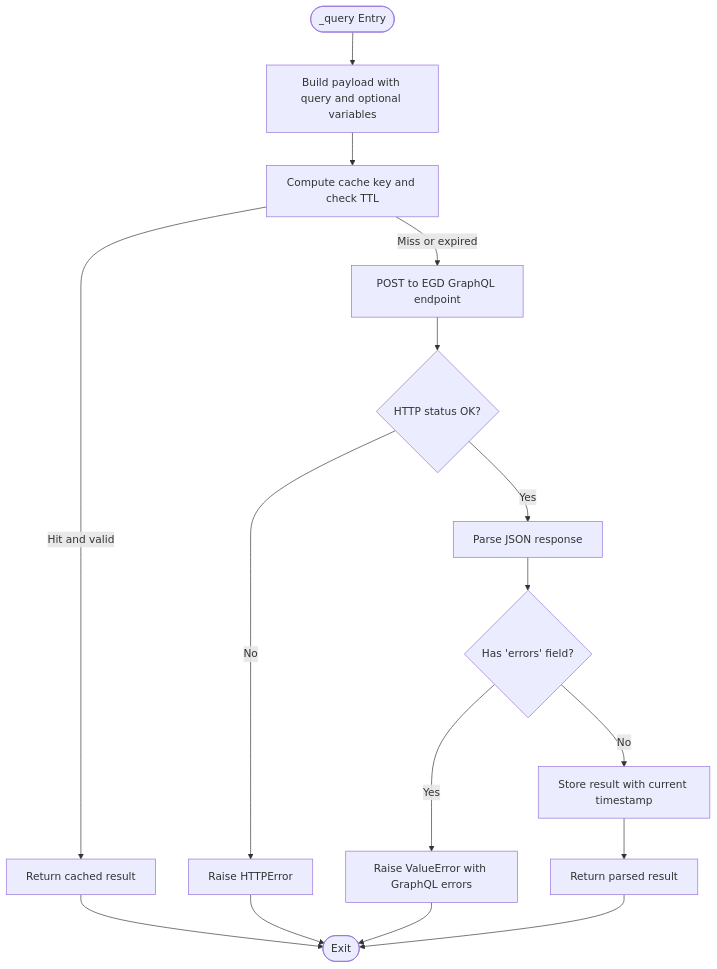
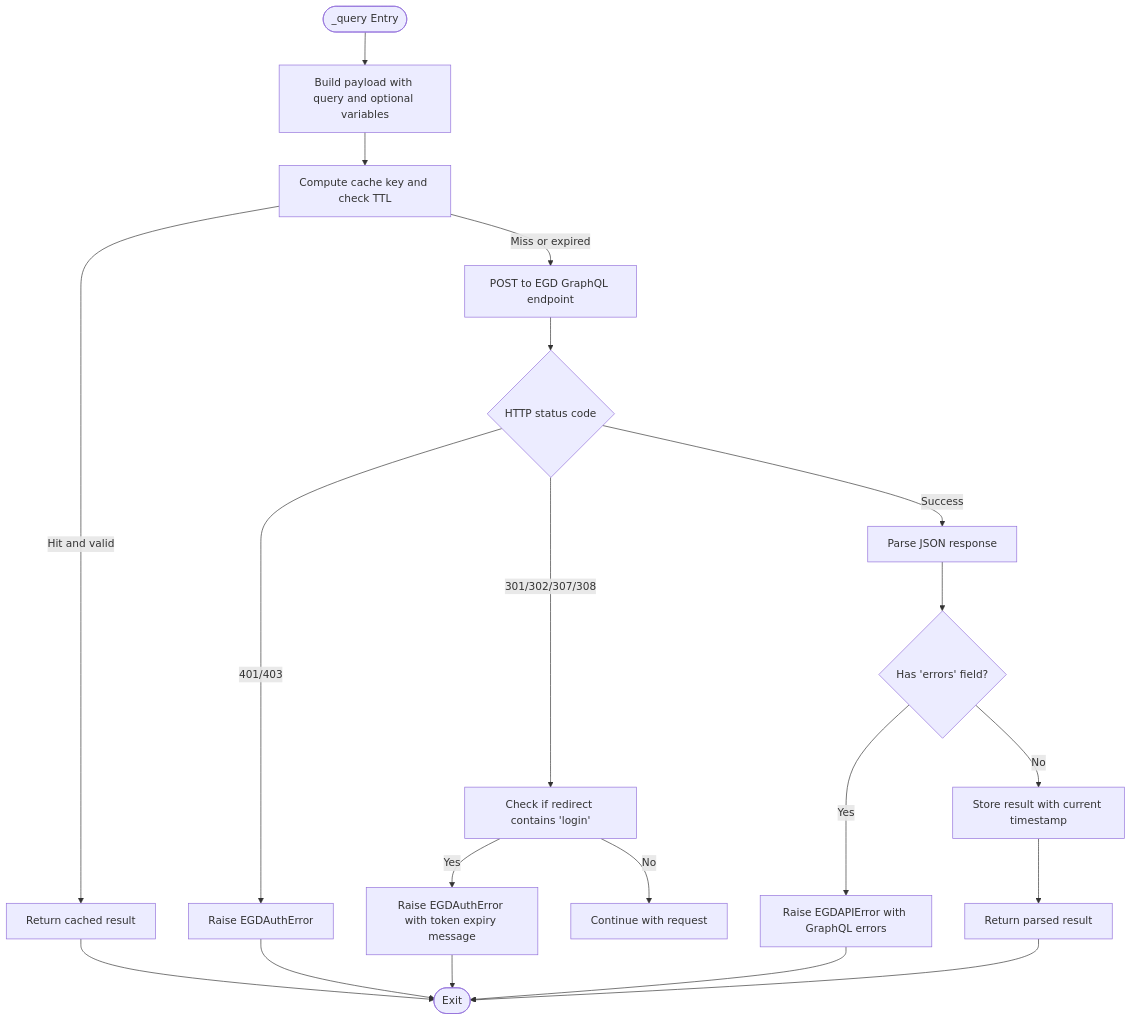
The fourth of 7 diagrams in .qoder/repowiki/en/content/Backend Documentation/Service Layer/EGD Client.md (Ragnar1999/GoNow), drawn with Mermaid before and after one commit. The commit also changed other lines of this file and 13 other files, not shown here.

````diff
--- a/.qoder/repowiki/en/content/Backend Documentation/Service Layer/EGD Client.md
+++ b/.qoder/repowiki/en/content/Backend Documentation/Service Layer/EGD Client.md
@@ -166,18 +209,22 @@
 ```mermaid
 flowchart TD
 Start(["_query Entry"]) --> BuildPayload["Build payload with query and optional variables"]
 BuildPayload --> CheckCache["Compute cache key and check TTL"]
 CheckCache --> |Hit and valid| ReturnCached["Return cached result"]
 CheckCache --> |Miss or expired| SendRequest["POST to EGD GraphQL endpoint"]
-SendRequest --> RaiseStatus{"HTTP status OK?"}
-RaiseStatus --> |No| ThrowError["Raise HTTPError"]
-RaiseStatus --> |Yes| ParseJSON["Parse JSON response"]
+SendRequest --> CheckStatus{"HTTP status code"}
+CheckStatus --> |401/403| ThrowAuthError["Raise EGDAuthError"]
+CheckStatus --> |301/302/307/308| CheckRedirect["Check if redirect contains 'login'"]
+CheckRedirect --> |Yes| ThrowTokenExpired["Raise EGDAuthError with token expiry message"]
+CheckRedirect --> |No| ContinueRequest["Continue with request"]
+CheckStatus --> |Success| ParseJSON["Parse JSON response"]
 ParseJSON --> HasErrors{"Has 'errors' field?"}
-HasErrors --> |Yes| ThrowGraphQLError["Raise ValueError with GraphQL errors"]
+HasErrors --> |Yes| ThrowGraphQLError["Raise EGDAPIError with GraphQL errors"]
 HasErrors --> |No| UpdateCache["Store result with current timestamp"]
 UpdateCache --> ReturnResult["Return parsed result"]
-ReturnCached --> End(["Exit"])
-ThrowError --> End
+ThrowAuthError --> End(["Exit"])
+ThrowTokenExpired --> End
 ThrowGraphQLError --> End
 ReturnResult --> End
+ReturnCached --> End
 ```
````
